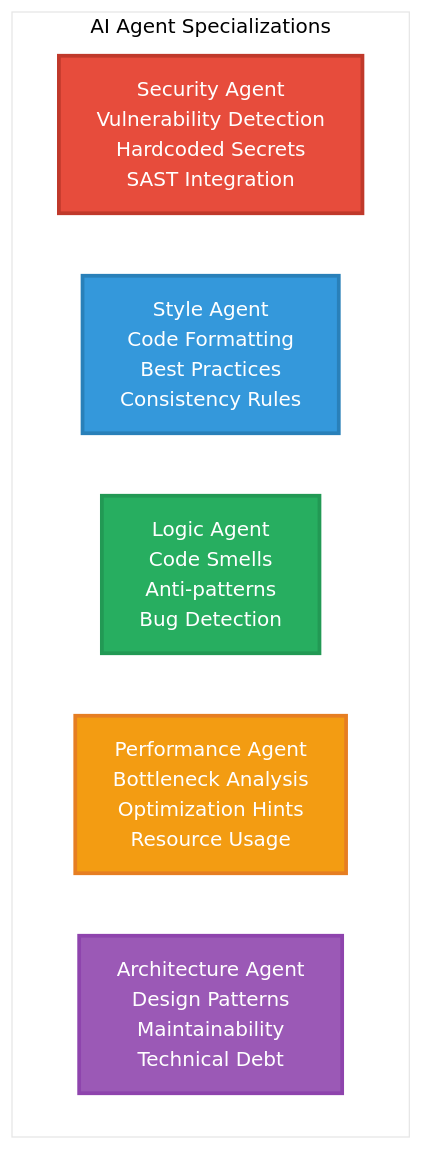
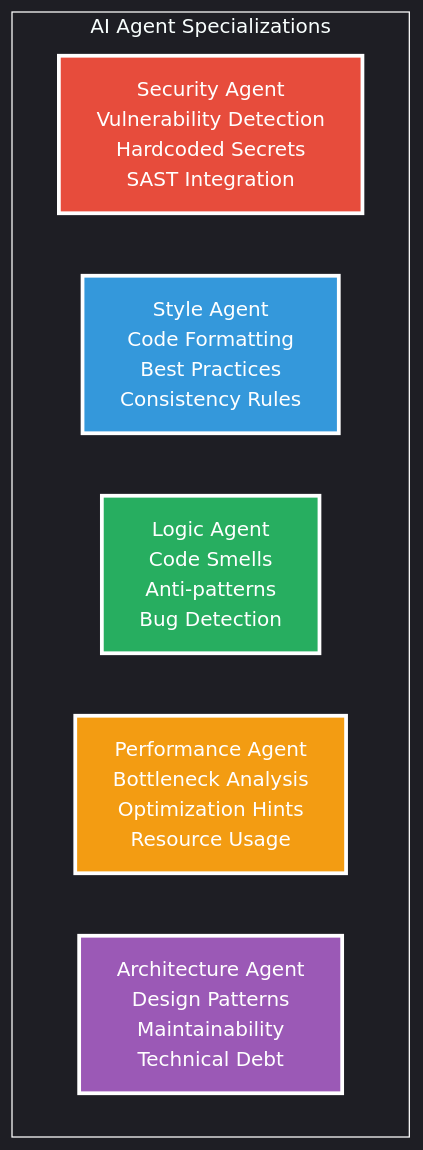
One commit to PriscillaOng12/AI-Code-Review-Squad changed the second of 20 diagrams in README.md. Above: the diagram before and after it, drawn with Mermaid. The commit also changed other lines of this file, not shown here.

````diff
--- a/README.md
+++ b/README.md
@@ -57,17 +57,17 @@
 ```mermaid
-%%{init: {'theme': 'base', 'themeVariables': {'primaryColor': '#ffffff', 'primaryTextColor': '#2c3e50', 'primaryBorderColor': '#2c3e50', 'lineColor': '#34495e', 'secondaryColor': '#ffffff', 'tertiaryColor': '#ffffff', 'background': '#ffffff', 'mainBkg': '#ffffff', 'secondBkg': '#ffffff', 'tertiaryBkg': '#ffffff'}}}%%
+%%{init: {'theme': 'dark', 'themeVariables': {'primaryColor': 'transparent', 'primaryTextColor': '#ffffff', 'primaryBorderColor': '#ffffff', 'lineColor': '#ffffff', 'secondaryColor': 'transparent', 'tertiaryColor': 'transparent', 'background': 'transparent', 'mainBkg': 'transparent', 'secondBkg': 'transparent', 'tertiaryBkg': 'transparent', 'clusterBkg': 'transparent', 'clusterBorder': '#ffffff', 'edgeLabelBackground': 'transparent'}}}%%
 graph TB
     subgraph "AI Agent Specializations"
         SEC[Security Agent<br/>Vulnerability Detection<br/>Hardcoded Secrets<br/>SAST Integration]
         STYLE[Style Agent<br/>Code Formatting<br/>Best Practices<br/>Consistency Rules]
         LOGIC[Logic Agent<br/>Code Smells<br/>Anti-patterns<br/>Bug Detection]
         PERF[Performance Agent<br/>Bottleneck Analysis<br/>Optimization Hints<br/>Resource Usage]
         ARCH[Architecture Agent<br/>Design Patterns<br/>Maintainability<br/>Technical Debt]
     end
     
-    style SEC fill:#e74c3c,stroke:#c0392b,stroke-width:3px,color:#ffffff
-    style STYLE fill:#3498db,stroke:#2980b9,stroke-width:3px,color:#ffffff
-    style LOGIC fill:#27ae60,stroke:#229954,stroke-width:3px,color:#ffffff
-    style PERF fill:#f39c12,stroke:#e67e22,stroke-width:3px,color:#ffffff
-    style ARCH fill:#9b59b6,stroke:#8e44ad,stroke-width:3px,color:#ffffff
+    style SEC fill:#e74c3c,stroke:#ffffff,stroke-width:3px,color:#ffffff
+    style STYLE fill:#3498db,stroke:#ffffff,stroke-width:3px,color:#ffffff
+    style LOGIC fill:#27ae60,stroke:#ffffff,stroke-width:3px,color:#ffffff
+    style PERF fill:#f39c12,stroke:#ffffff,stroke-width:3px,color:#ffffff
+    style ARCH fill:#9b59b6,stroke:#ffffff,stroke-width:3px,color:#ffffff
 ```
````
